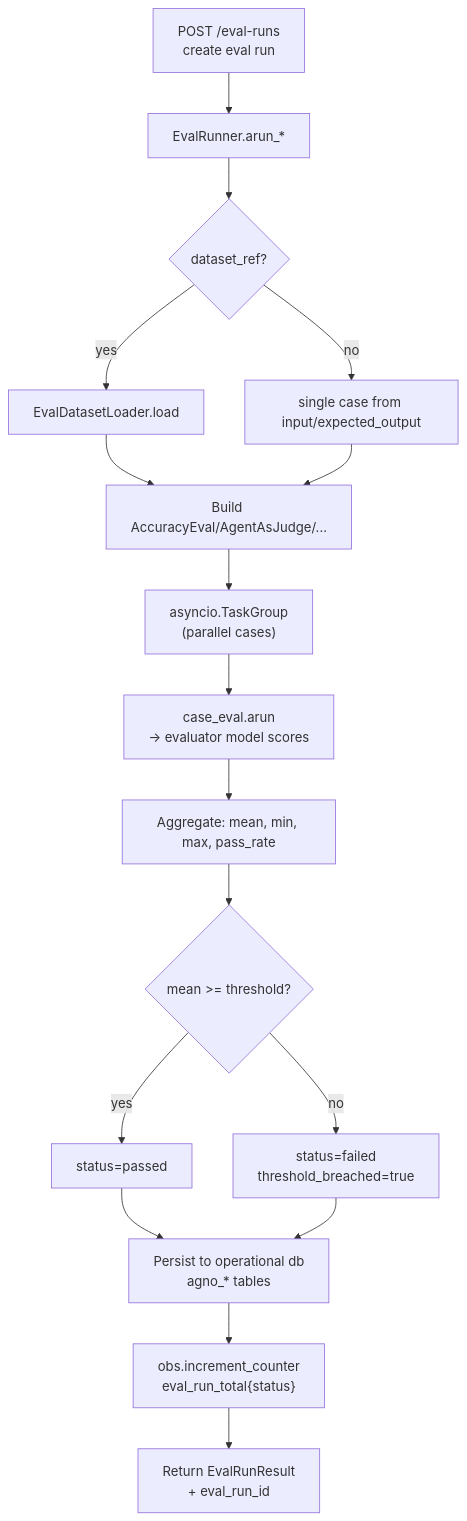
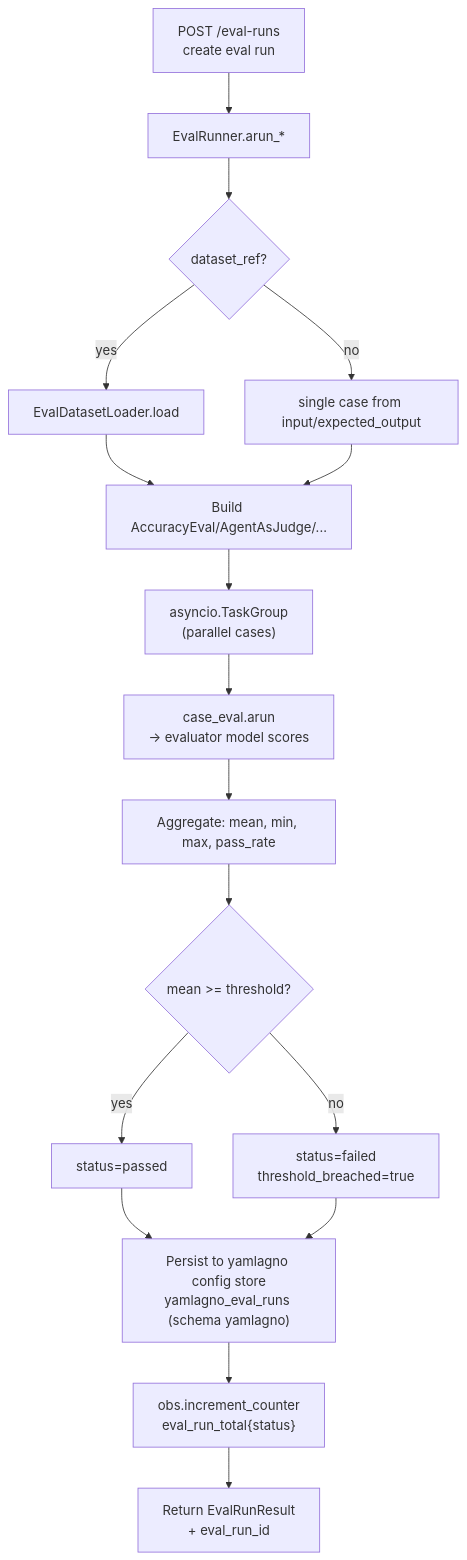
The first of 2 diagrams in specs/SPEC_18_EVALS_AND_OBSERVABILITY.md (CENFARG/yaml-agno), drawn with Mermaid before and after one commit. The commit also changed other lines of this file, not shown here.

Commit message:
spec(18): deep review — fix ReliabilityEval API, drop memory_profiler claim, resolve agno_* persistence contradictions

````diff
--- a/specs/SPEC_18_EVALS_AND_OBSERVABILITY.md
+++ b/specs/SPEC_18_EVALS_AND_OBSERVABILITY.md
@@ -1483,19 +1523,19 @@
 ```mermaid
 flowchart TD
     A[POST /eval-runs\ncreate eval run] --> B[EvalRunner.arun_*]
     B --> C{dataset_ref?}
     C -- yes --> D[EvalDatasetLoader.load]
     C -- no --> E[single case from input/expected_output]
     D --> F[Build AccuracyEval/AgentAsJudge/...]
     E --> F
     F --> G["asyncio.TaskGroup\n(parallel cases)"]
     G --> H[case_eval.arun\n-> evaluator model scores]
     H --> I[Aggregate: mean, min, max, pass_rate]
     I --> J{mean >= threshold?}
     J -- yes --> K[status=passed]
     J -- no --> L[status=failed\nthreshold_breached=true]
-    K --> M[Persist to operational db\nagno_* tables]
+    K --> M["Persist to yamlagno config store\nyamlagno_eval_runs (schema yamlagno)"]
     L --> M
     M --> N["obs.increment_counter\neval_run_total{status}"]
     N --> O[Return EvalRunResult\n+ eval_run_id]
 ```
````
